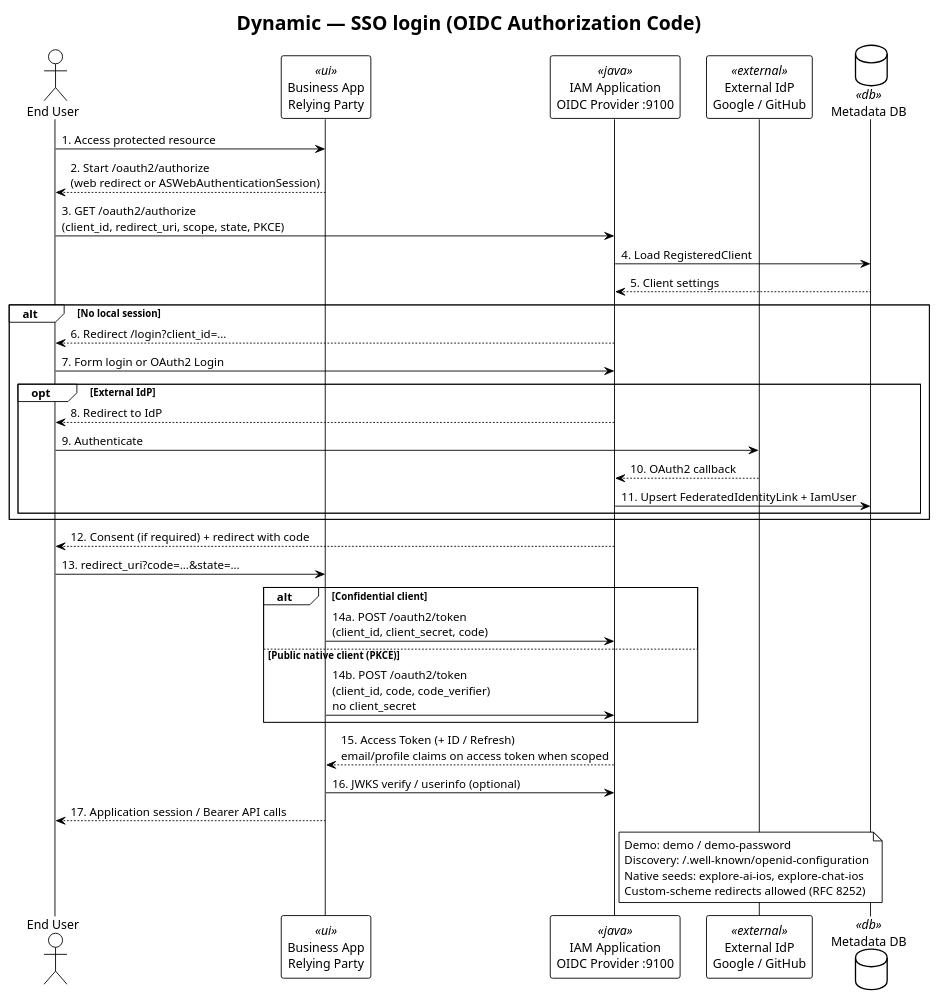
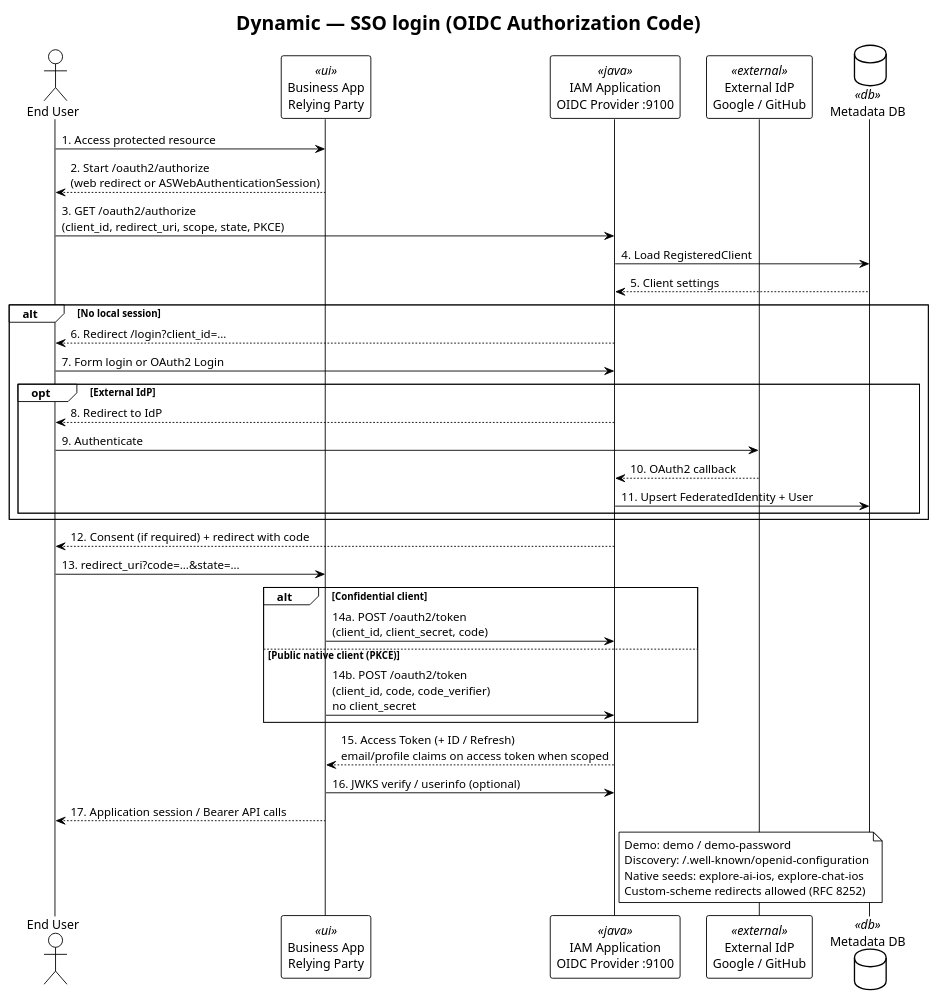
The diagram in docs/developer/c4-model/C4-Dynamic-SSOLogin.puml (felixzhu97/explore-iam), drawn with PlantUML before and after one commit. The commit also changed 8 other files, not shown here.

First line of the commit message:
Sync structural C4 diagrams with Google IAM names (#106)

```diff
--- a/docs/developer/c4-model/C4-Dynamic-SSOLogin.puml
+++ b/docs/developer/c4-model/C4-Dynamic-SSOLogin.puml
@@ -1,47 +1,47 @@
 @startuml C4-Dynamic-SSOLogin
 !theme plain
 skinparam backgroundColor #FFFFFF
 skinparam shadowing false
 
 title Dynamic — SSO login (OIDC Authorization Code)
 
 actor "End User" as user
 participant "Business App\nRelying Party" as app <<ui>>
 participant "IAM Application\nOIDC Provider :9100" as iam <<java>>
 participant "External IdP\nGoogle / GitHub" as idp <<external>>
 database "Metadata DB" as db <<db>>
 
 user -> app: 1. Access protected resource
 app --> user: 2. Start /oauth2/authorize\n(web redirect or ASWebAuthenticationSession)
 user -> iam: 3. GET /oauth2/authorize\n(client_id, redirect_uri, scope, state, PKCE)
 iam -> db: 4. Load RegisteredClient
 db --> iam: 5. Client settings
 alt No local session
   iam --> user: 6. Redirect /login?client_id=…
   user -> iam: 7. Form login or OAuth2 Login
   opt External IdP
     iam --> user: 8. Redirect to IdP
     user -> idp: 9. Authenticate
     idp --> iam: 10. OAuth2 callback
-    iam -> db: 11. Upsert FederatedIdentityLink + IamUser
+    iam -> db: 11. Upsert FederatedIdentity + User
   end
 end
 iam --> user: 12. Consent (if required) + redirect with code
 user -> app: 13. redirect_uri?code=…&state=…
 alt Confidential client
   app -> iam: 14a. POST /oauth2/token\n(client_id, client_secret, code)
 else Public native client (PKCE)
   app -> iam: 14b. POST /oauth2/token\n(client_id, code, code_verifier)\nno client_secret
 end
 iam --> app: 15. Access Token (+ ID / Refresh)\nemail/profile claims on access token when scoped
 app -> iam: 16. JWKS verify / userinfo (optional)
 app --> user: 17. Application session / Bearer API calls
 
 note right of iam
   Demo: demo / demo-password
   Discovery: /.well-known/openid-configuration
   Native seeds: explore-ai-ios, explore-chat-ios
   Custom-scheme redirects allowed (RFC 8252)
 end note
 
 @enduml
```
